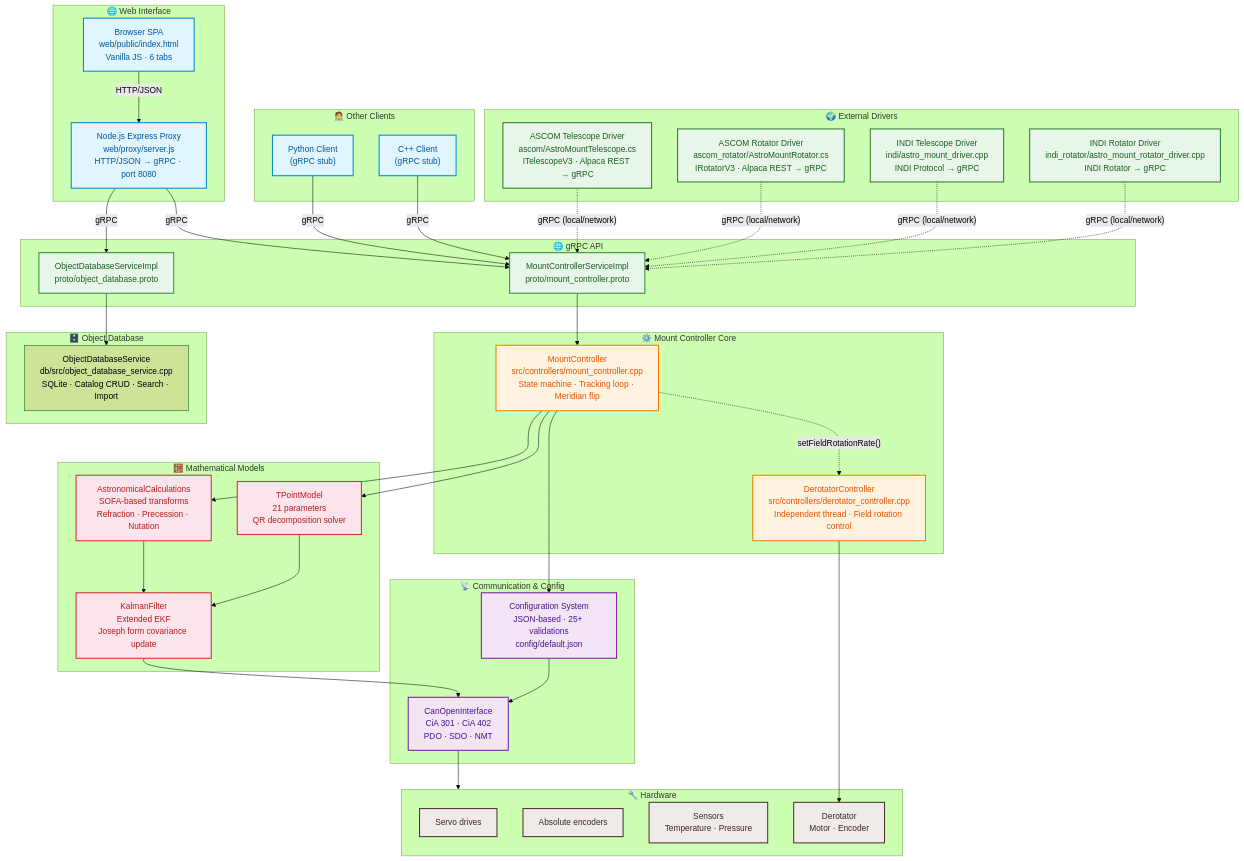
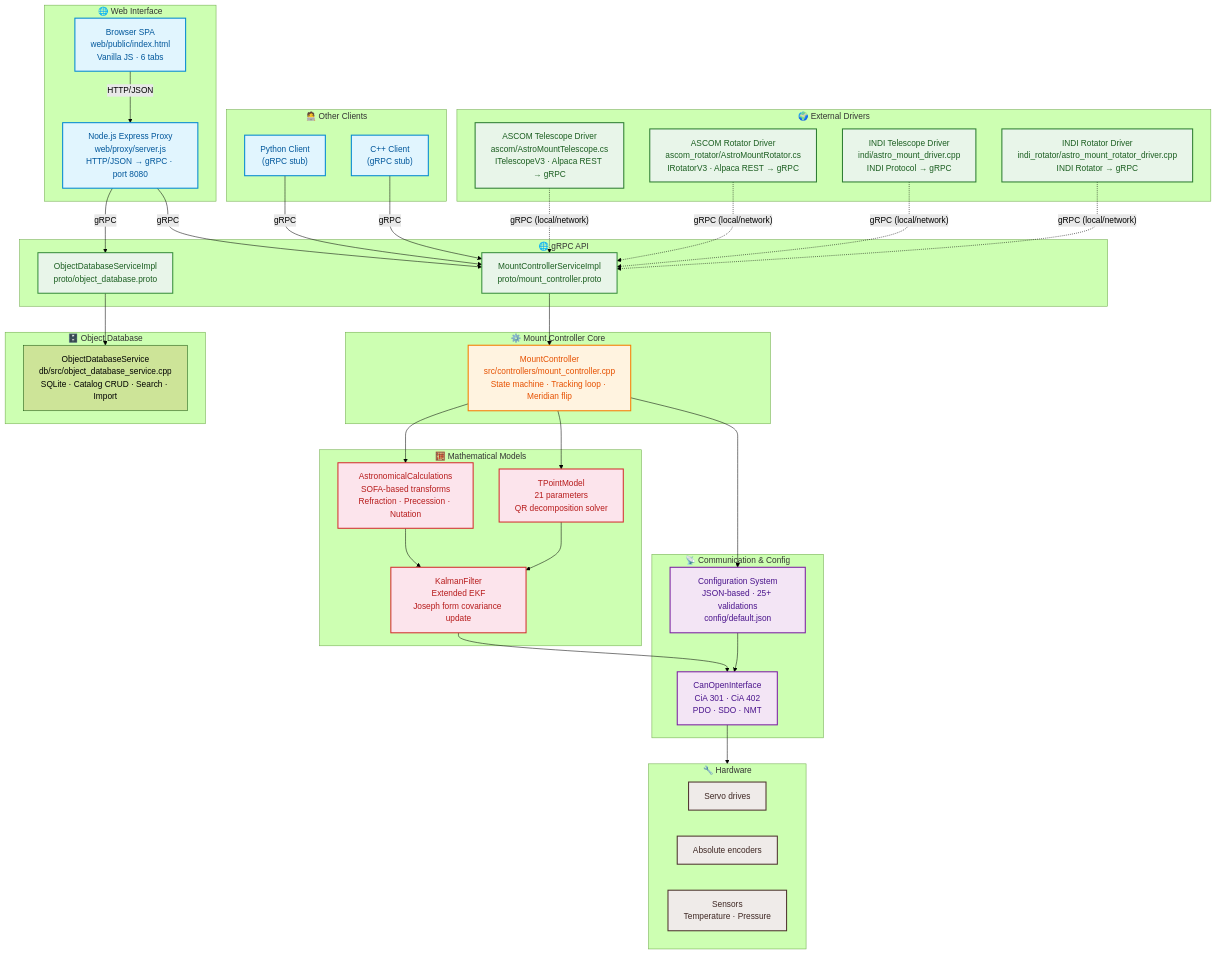
Before and after one commit to pielaszkiewicz-jacek/astro_mount_control: the first of 2 diagrams in docs/en/index.md, drawn with Mermaid (forest theme). The commit also changed other lines of this file and 94 other files, not shown here.

````diff
--- a/docs/en/index.md
+++ b/docs/en/index.md
@@ -69,7 +69,6 @@
 
     subgraph CORE["⚙️ Mount Controller Core"]
         MC["MountController<br/>src/controllers/mount_controller.cpp<br/>State machine · Tracking loop · Meridian flip"]
-        DC["DerotatorController<br/>src/controllers/derotator_controller.cpp<br/>Independent thread · Field rotation control"]
     end
 
     subgraph MODELS["🧮 Mathematical Models"]
@@ -98,7 +97,6 @@
         HW1["Servo drives"]
         HW2["Absolute encoders"]
         HW3["Sensors<br/>Temperature · Pressure"]
-        DEROT_HW["Derotator<br/>Motor · Encoder"]
     end
 
     SPA -->|"HTTP/JSON"| PROXY
@@ -111,13 +109,11 @@
     MC --> ASTRO
     MC --> TPOINT
     MC --> CONFIG
-    MC -.->|"setFieldRotationRate()"| DC
     ASTRO --> KF
     TPOINT --> KF
     KF --> CAN
     CONFIG --> CAN
     CAN --> HW
-    DC --> DEROT_HW
 
     ASCOM_TEL -.->|"gRPC (local/network)"| GRPC
     ASCOM_ROT -.->|"gRPC (local/network)"| GRPC
@@ -127,8 +123,8 @@
     class SPA,PROXY client
     class PY,CPP client
     class GRPC,DB_GRPC api
-    class MC,DC core
+    class MC core
     class ASTRO,TPOINT,KF model
     class CAN,CONFIG comm
-    class HW1,HW2,HW3,DEROT_HW hw
+    class HW1,HW2,HW3 hw
 ```
````
